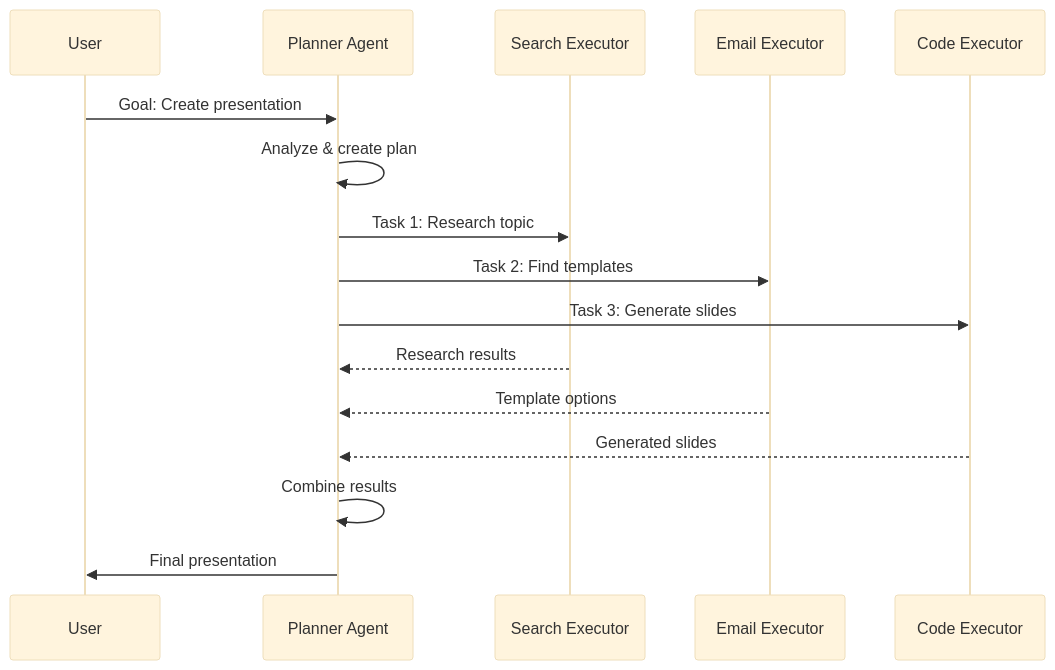
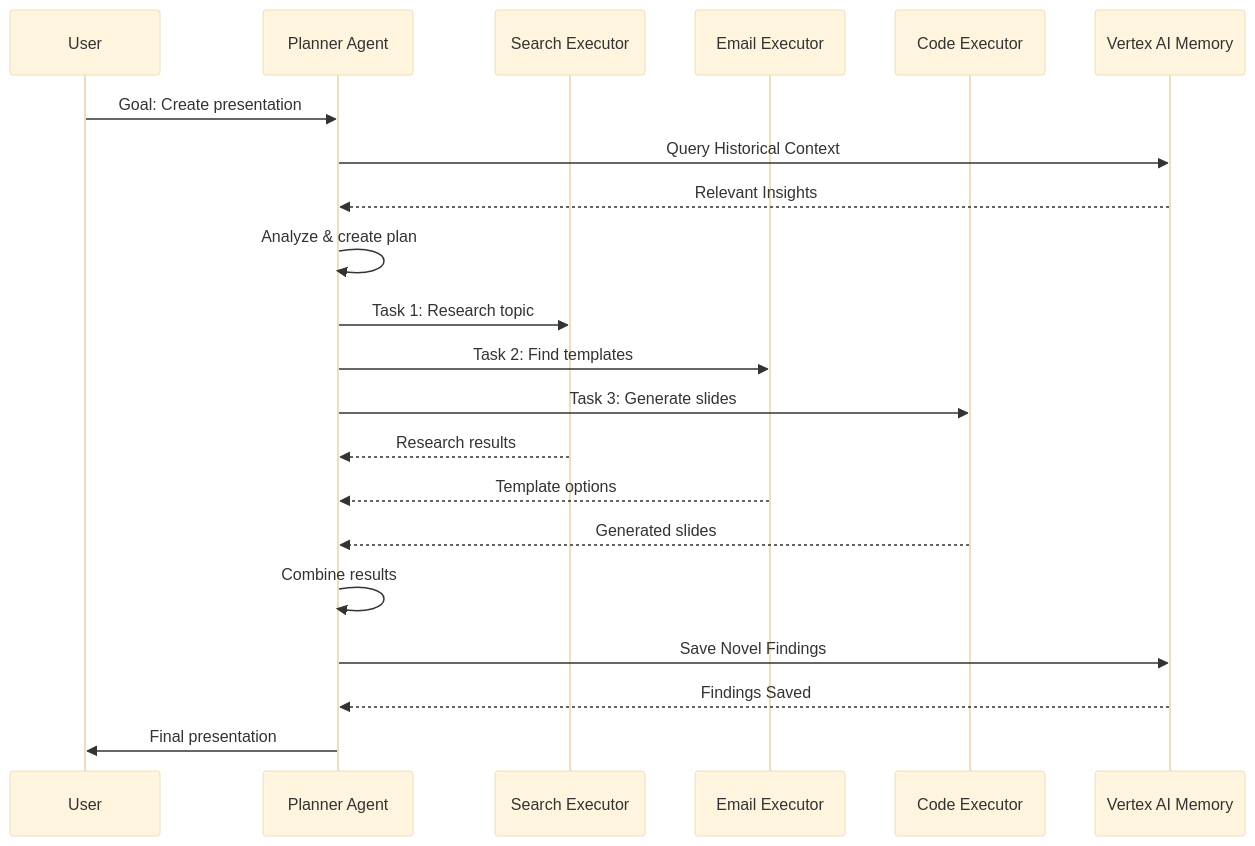
One commit to dandye/adk_runbooks changed the second of 27 diagrams in rules-bank/agent_workflow_references.md. Above: the diagram before and after it, drawn with Mermaid (base theme). The commit also changed other lines of this file and 125 other files, not shown here.

````diff
--- a/rules-bank/agent_workflow_references.md
+++ b/rules-bank/agent_workflow_references.md
@@ -62,21 +62,30 @@
 ```mermaid
 sequenceDiagram
     participant U as User
     participant P as Planner Agent
     participant E1 as Search Executor
     participant E2 as Email Executor
     participant E3 as Code Executor
+    participant Memory as Vertex AI Memory
 
     U->>P: Goal: Create presentation
+
+    %% Step: Query Memory Context
+    P->>Memory: Query Historical Context
+    Memory-->>P: Relevant Insights
     P->>P: Analyze & create plan
     P->>E1: Task 1: Research topic
     P->>E2: Task 2: Find templates
     P->>E3: Task 3: Generate slides
 
     E1-->>P: Research results
     E2-->>P: Template options
     E3-->>P: Generated slides
 
     P->>P: Combine results
+
+    %% Step: Save Findings to Memory
+    P->>Memory: Save Novel Findings
+    Memory-->>P: Findings Saved
     P->>U: Final presentation
 ```
````
